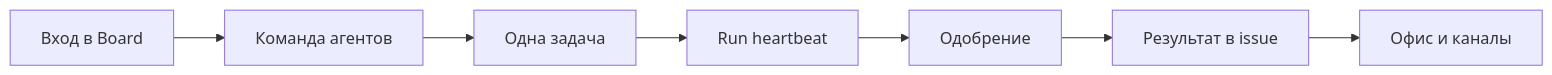
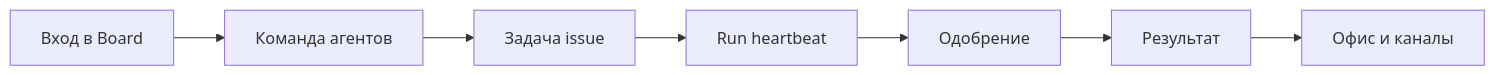
The diagram in docs/guides/index.md (Dmitriion/datagent-docs), drawn with Mermaid before and after one commit. The commit also changed other lines of this file and 11 other files, not shown here.

````diff
--- a/docs/guides/index.md
+++ b/docs/guides/index.md
@@ -34,9 +34,9 @@
 ```mermaid
 flowchart LR
   A[Вход в Board] --> B[Команда агентов]
-  B --> C[Одна задача]
+  B --> C[Задача issue]
   C --> D[Run heartbeat]
   D --> E[Одобрение]
-  E --> F[Результат в issue]
+  E --> F[Результат]
   F --> G[Офис и каналы]
 ```
````
